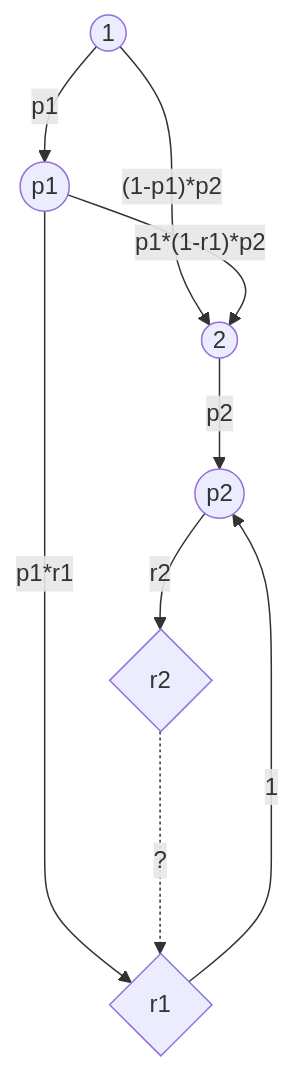
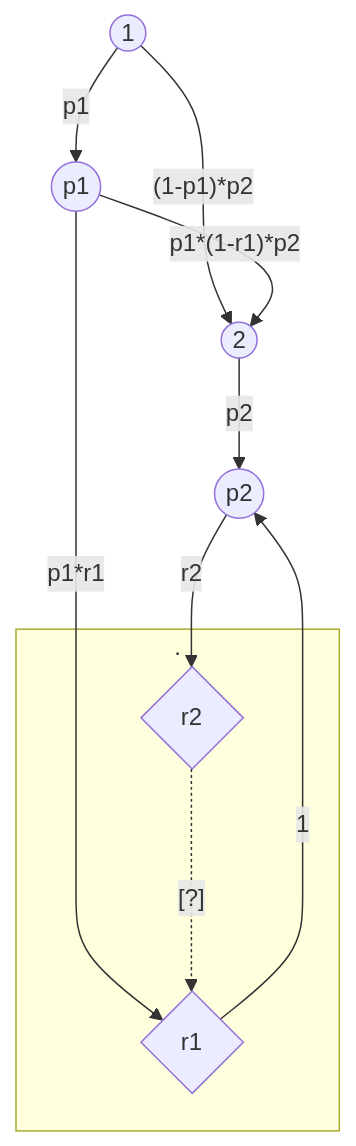
Before and after one commit to bfeitknecht/vault: the second of 2 diagrams in vault/sem2/AuW/UE/cx/bf/cx07-bf.md, drawn with Mermaid.

Commit message:
vault backup: 2024-05-03 18:10:15 from MacBook Pro (echo)
Affected files:
vault/sem2/AuW/UE/cx/bf/cx07-bf.md

````diff
--- a/vault/sem2/AuW/UE/cx/bf/cx07-bf.md
+++ b/vault/sem2/AuW/UE/cx/bf/cx07-bf.md
@@ -31,20 +31,22 @@
 ```mermaid
 flowchart TD
 
 id1((1))
 id2((2))
 id3((p1))
 id4{r1}
 id5((p2))
 id6{r2}
 
 id1-->|"(1-p1)*p2"|id2
 id1-->|"p1"|id3
 id3-->|"p1*r1"|id4
 id3-->|"p1*(1-r1)*p2"|id2
 id2-->|"p2"|id5
 id4-->|"1"|id5
 id5-->|"r2"|id6
 
-id6-..->|?|id4
+subgraph .
+	id6-..->|"[?]"|id4
+end
 ```
````
